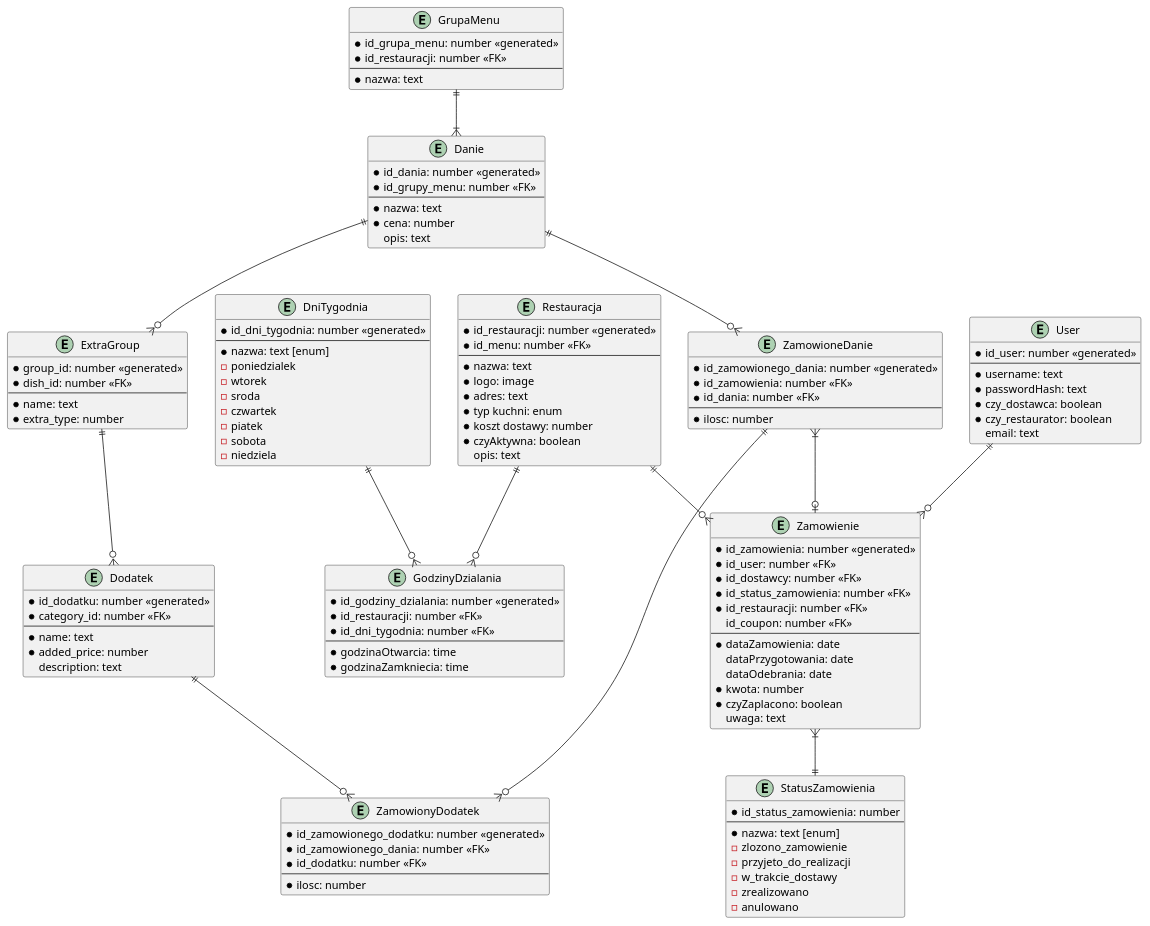
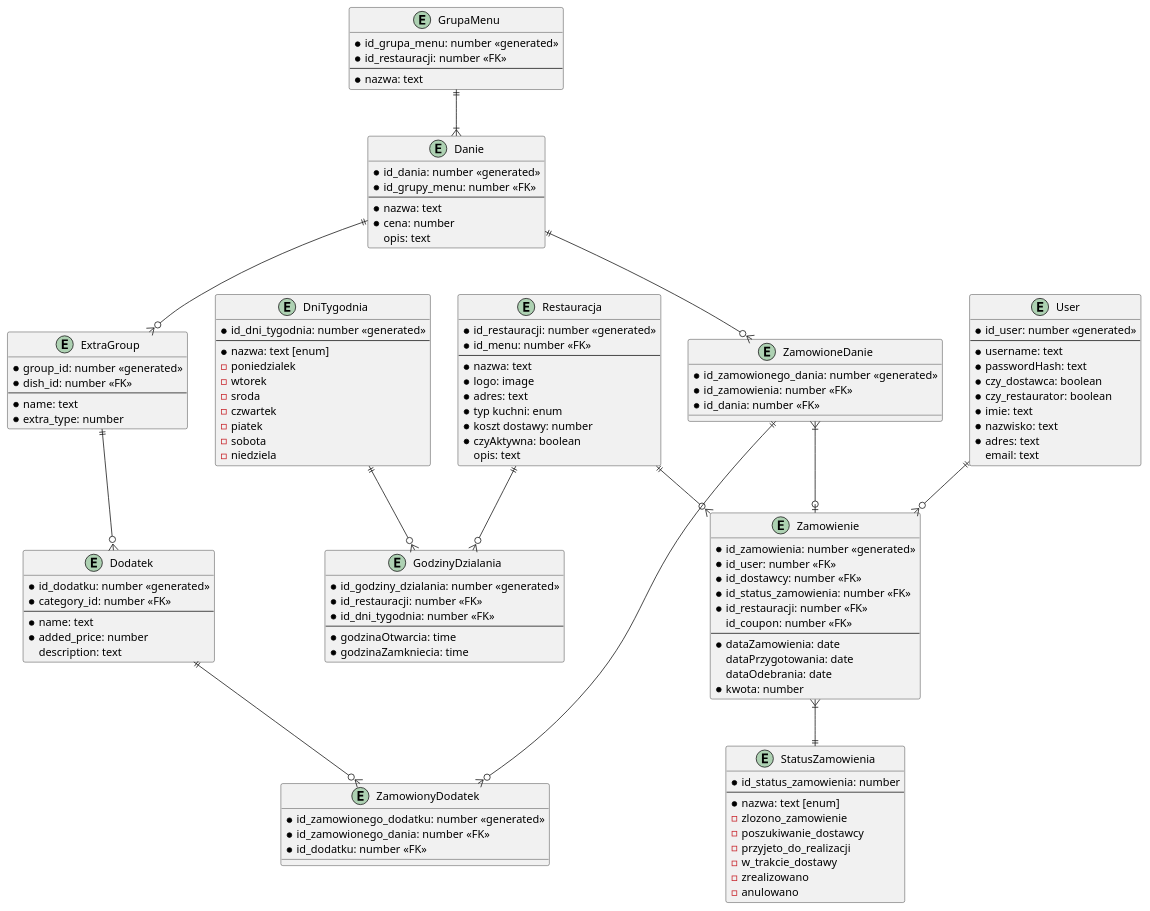
The diagram in docs/schematbazki.md (amelinium23/food-ordering-and-delivering-service), drawn with PlantUML before and after one commit. The commit also changed 1 other file, not shown here.

Commit message:
Finish models

```diff
--- a/docs/schematbazki.md
+++ b/docs/schematbazki.md
@@ -63,22 +63,16 @@
    dataPrzygotowania: date
    dataOdebrania: date
    * kwota: number
-   * czyZaplacono: boolean
-   uwaga: text
 }
 entity ZamowioneDanie {
    * id_zamowionego_dania: number <<generated>>
    * id_zamowienia: number <<FK>>
    * id_dania: number <<FK>>
-   --
-   * ilosc: number 
 }
 entity ZamowionyDodatek {
    * id_zamowionego_dodatku: number <<generated>>
    * id_zamowionego_dania: number <<FK>>
    * id_dodatku: number <<FK>>
-   --
-   * ilosc: number
 }
 entity User {
    * id_user: number <<generated>>
@@ -87,6 +81,9 @@
    * passwordHash: text
    * czy_dostawca: boolean
    * czy_restaurator: boolean
+   * imie: text
+   * nazwisko: text
+   * adres: text
    email: text
 }
 entity StatusZamowienia {
@@ -94,6 +91,7 @@
    --
    * nazwa: text [enum]
       -zlozono_zamowienie
+      -poszukiwanie_dostawcy
       -przyjeto_do_realizacji
       -w_trakcie_dostawy
       -zrealizowano
```
